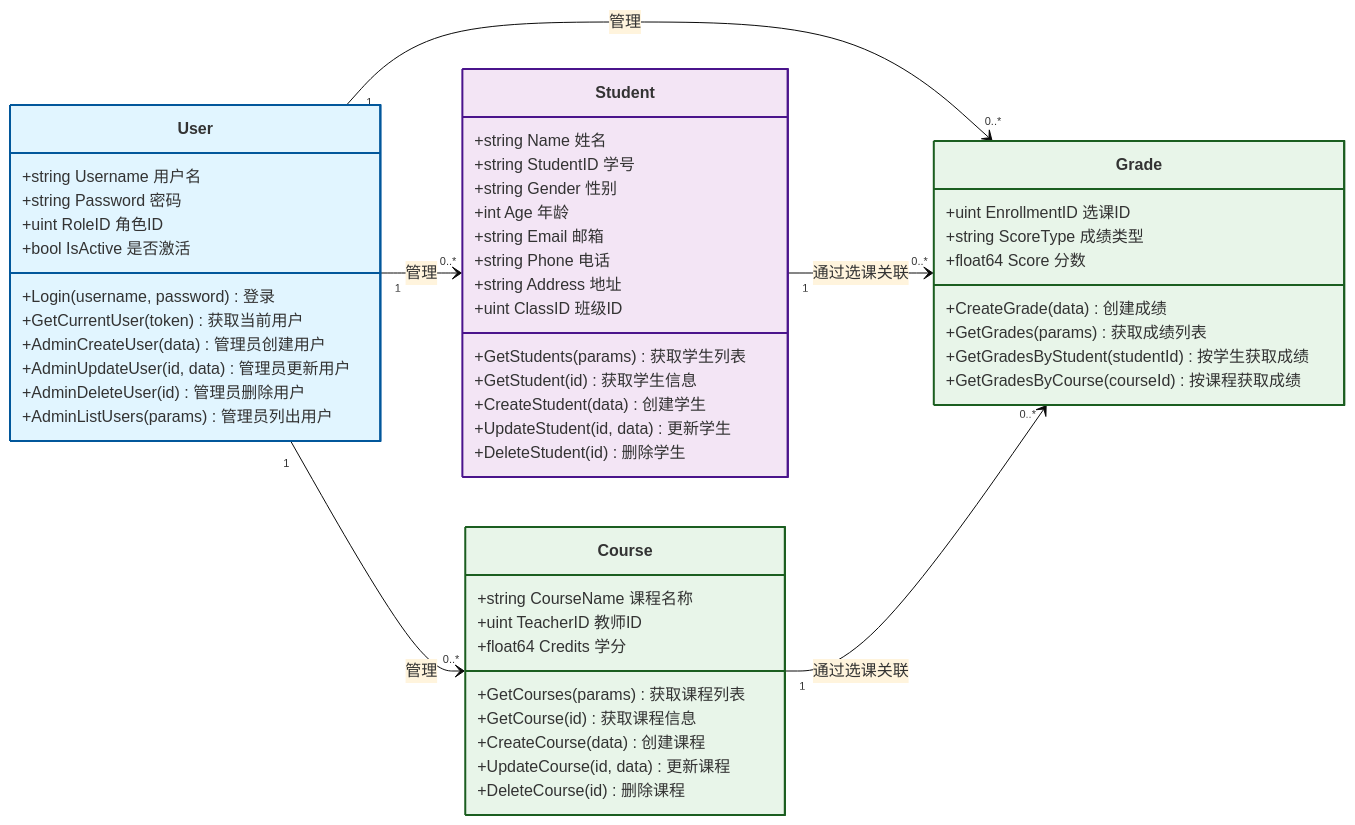
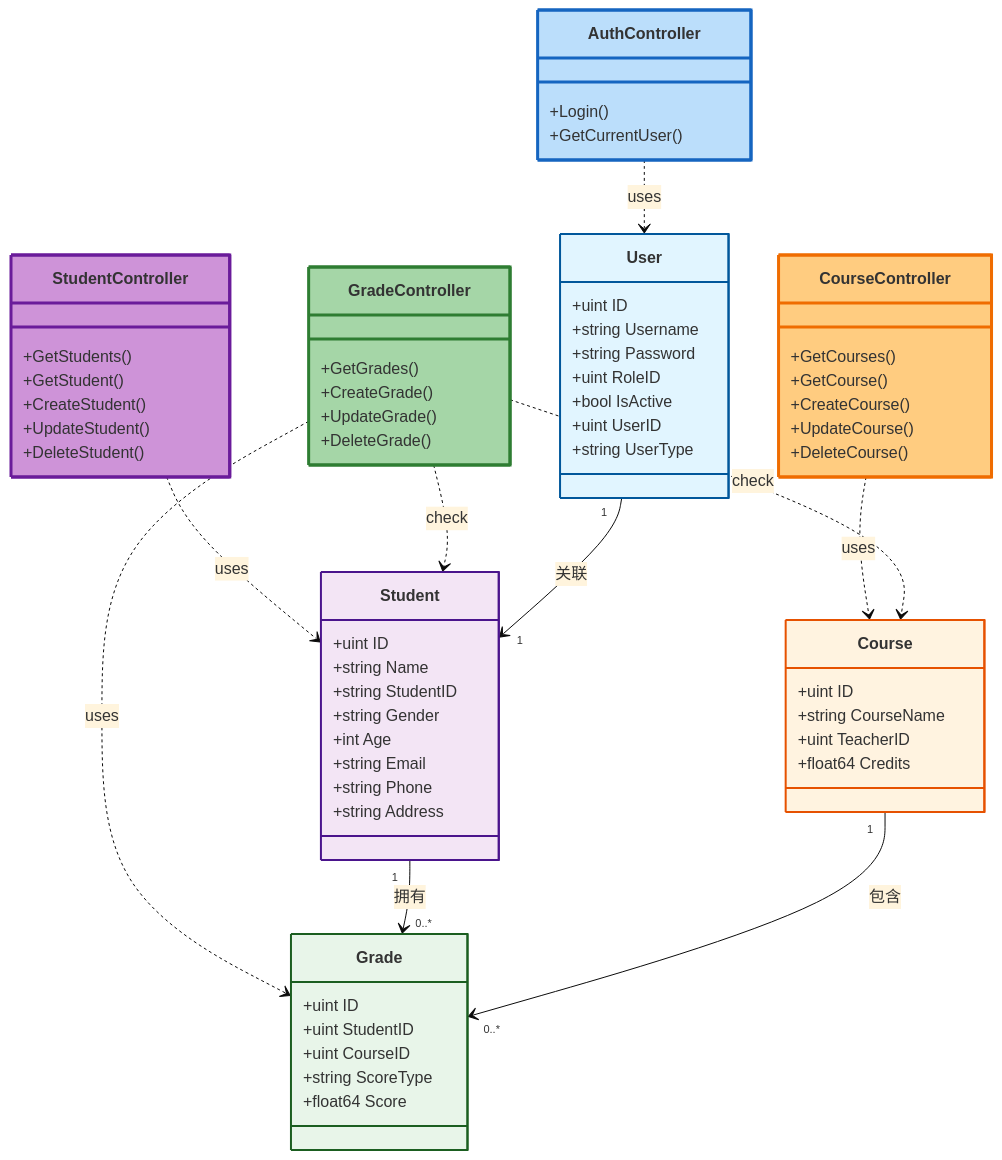
The diagram in 图/详细类图.md (violet-doll/database-practice), drawn with Mermaid (base theme) before and after one commit. The commit also changed 4 other files, not shown here.

````diff
--- a/图/详细类图.md
+++ b/图/详细类图.md
@@ -1,65 +1,95 @@
 ```mermaid
 classDiagram
-    direction LR
+    direction TB
 
-    class User {
-        +string Username 用户名
-        +string Password 密码
-        +uint RoleID 角色ID
-        +bool IsActive 是否激活
-        +Login(username, password) 登录
-        +GetCurrentUser(token) 获取当前用户
-        +AdminCreateUser(data) 管理员创建用户
-        +AdminUpdateUser(id, data) 管理员更新用户
-        +AdminDeleteUser(id) 管理员删除用户
-        +AdminListUsers(params) 管理员列出用户
+    %% ---------------------------------------------------------
+    %% Controller 层 (逻辑层)
+    %% ---------------------------------------------------------
+    class AuthController {
+        +Login()
+        +GetCurrentUser()
+    }
+    class StudentController {
+        +GetStudents()
+        +GetStudent()
+        +CreateStudent()
+        +UpdateStudent()
+        +DeleteStudent()
+    }
+    class CourseController {
+        +GetCourses()
+        +GetCourse()
+        +CreateCourse()
+        +UpdateCourse()
+        +DeleteCourse()
+    }
+    class GradeController {
+        +GetGrades()
+        +CreateGrade()
+        +UpdateGrade()
+        +DeleteGrade()
     }
 
+    %% ---------------------------------------------------------
+    %% Entity 层 (数据层)
+    %% ---------------------------------------------------------
+    class User {
+        +uint ID
+        +string Username
+        +string Password
+        +uint RoleID
+        +bool IsActive
+        +uint UserID
+        +string UserType
+    }
     class Student {
-        +string Name 姓名
-        +string StudentID 学号
-        +string Gender 性别
-        +int Age 年龄
-        +string Email 邮箱
-        +string Phone 电话
-        +string Address 地址
-        +uint ClassID 班级ID
-        +GetStudents(params) 获取学生列表
-        +GetStudent(id) 获取学生信息
-        +CreateStudent(data) 创建学生
-        +UpdateStudent(id, data) 更新学生
-        +DeleteStudent(id) 删除学生
+        +uint ID
+        +string Name
+        +string StudentID
+        +string Gender
+        +int Age
+        +string Email
+        +string Phone
+        +string Address
     }
-    
     class Course {
-        +string CourseName 课程名称
-        +uint TeacherID 教师ID
-        +float64 Credits 学分
-        +GetCourses(params) 获取课程列表
-        +GetCourse(id) 获取课程信息
-        +CreateCourse(data) 创建课程
-        +UpdateCourse(id, data) 更新课程
-        +DeleteCourse(id) 删除课程
+        +uint ID
+        +string CourseName
+        +uint TeacherID
+        +float64 Credits
+    }
+    class Grade {
+        +uint ID
+        +uint StudentID
+        +uint CourseID
+        +string ScoreType
+        +float64 Score
     }
 
-    class Grade {
-        +uint EnrollmentID 选课ID
-        +string ScoreType 成绩类型
-        +float64 Score 分数
-        +CreateGrade(data) 创建成绩
-        +GetGrades(params) 获取成绩列表
-        +GetGradesByStudent(studentId) 按学生获取成绩
-        +GetGradesByCourse(courseId) 按课程获取成绩
-    }
+    %% ---------------------------------------------------------
+    %% 关系定义
+    %% ---------------------------------------------------------
+    AuthController ..> User : uses
+    StudentController ..> Student : uses
+    CourseController ..> Course : uses
+    GradeController ..> Grade : uses
+    GradeController ..> Student : check
+    GradeController ..> Course : check
 
-    User "1" --> "0..*" Student : 管理
-    User "1" --> "0..*" Course : 管理
-    User "1" --> "0..*" Grade : 管理
-    Student "1" --> "0..*" Grade : 通过选课关联
-    Course "1" --> "0..*" Grade : 通过选课关联
+    User "1" --> "1" Student : 关联
+    Student "1" --> "0..*" Grade : 拥有
+    Course "1" --> "0..*" Grade : 包含
 
+    %% ---------------------------------------------------------
+    %% 应用样式 (必须在最后定义)
+    %% ---------------------------------------------------------
+    style AuthController fill:#bbdefb,stroke:#1565c0,stroke-width:3px
+    style StudentController fill:#ce93d8,stroke:#6a1b9a,stroke-width:3px
+    style CourseController fill:#ffcc80,stroke:#ef6c00,stroke-width:3px
+    style GradeController fill:#a5d6a7,stroke:#2e7d32,stroke-width:3px
+    
     style User fill:#e1f5ff,stroke:#01579b,stroke-width:2px
     style Student fill:#f3e5f5,stroke:#4a148c,stroke-width:2px
-    style Course fill:#e8f5e9,stroke:#1b5e20,stroke-width:2px
+    style Course fill:#fff3e0,stroke:#e65100,stroke-width:2px
     style Grade fill:#e8f5e9,stroke:#1b5e20,stroke-width:2px
 ```
````
